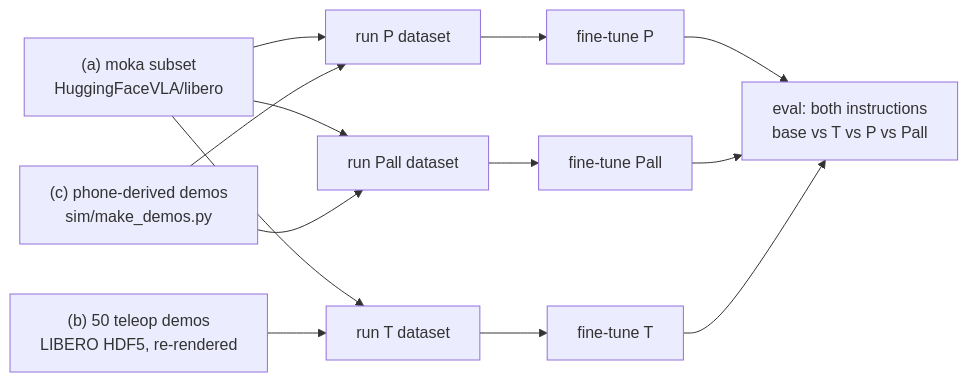
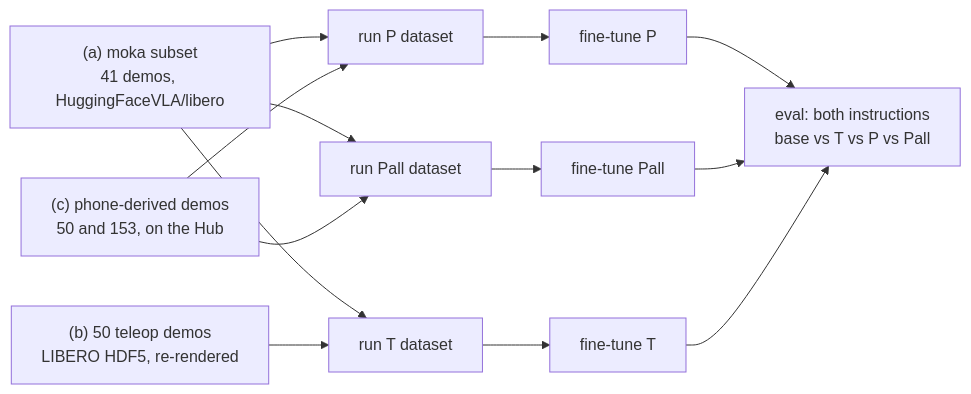
One commit to pd05849/HumanoidAI_challenge changed the diagram in docs/training.md. Above: the diagram before and after it, drawn with Mermaid. The commit also changed other lines of this file and 24 other files, not shown here.

````diff
--- a/docs/training.md
+++ b/docs/training.md
@@ -58,12 +44,12 @@
 ```mermaid
 flowchart LR
-    A["(a) moka subset<br/>HuggingFaceVLA/libero"] --> P["run P dataset"]
+    A["(a) moka subset<br/>41 demos, HuggingFaceVLA/libero"] --> P["run P dataset"]
     A --> T["run T dataset"]
     B["(b) 50 teleop demos<br/>LIBERO HDF5, re-rendered"] --> T
     A --> PA["run Pall dataset"]
-    C["(c) phone-derived demos<br/>sim/make_demos.py"] --> P
+    C["(c) phone-derived demos<br/>50 and 153, on the Hub"] --> P
     C --> PA
     P --> TP["fine-tune P"] --> E["eval: both instructions<br/>base vs T vs P vs Pall"]
     PA --> TPA["fine-tune Pall"] --> E
     T --> TT["fine-tune T"] --> E
 ```
````
